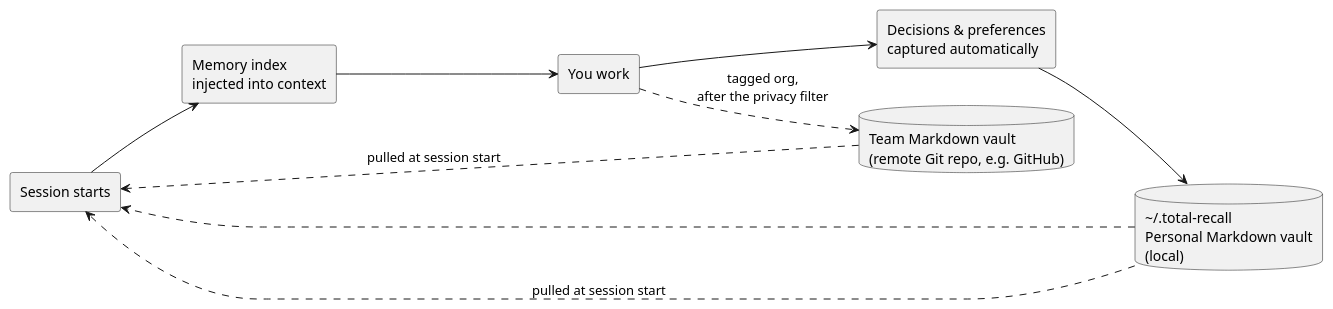
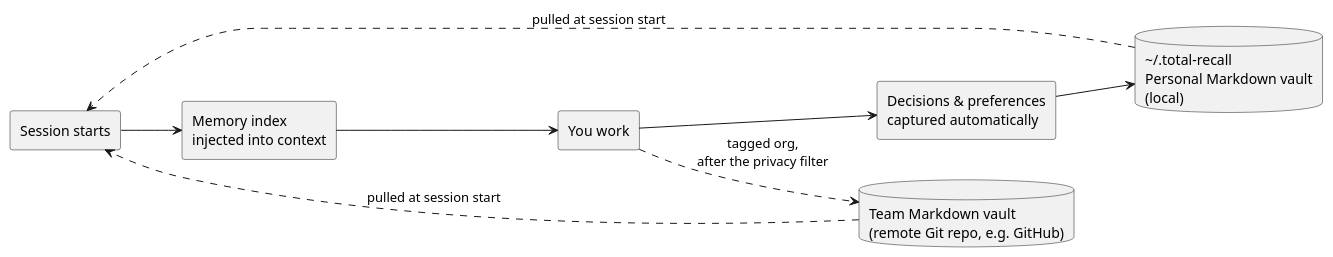
Before and after one commit to adrian-balaban/total-recall: the diagram in docs/diagrams/session-loop-en.puml, drawn with PlantUML. The commit also changed 3 other files, not shown here.

First line of the commit message:
docs: remove duplicate E-to-A arrow in session loop diagram

```diff
--- a/docs/diagrams/session-loop-en.puml
+++ b/docs/diagrams/session-loop-en.puml
@@ -1,20 +1,19 @@
 @startuml session-loop-en
 left to right direction
 skinparam shadowing false
 skinparam defaultFontName Helvetica
 
 rectangle "Session starts" as A
 rectangle "Memory index\ninjected into context" as B
 rectangle "You work" as C
 rectangle "Decisions & preferences\ncaptured automatically" as D
 database "<U+007E>/.total-recall\nPersonal Markdown vault\n(local)" as E
 database "Team Markdown vault\n(remote Git repo, e.g. GitHub)" as R
 A --> B
 B --> C
 C --> D
 D --> E
-E ..> A
 C ..> R : tagged org,\nafter the privacy filter
 E ..> A : pulled at session start
 R ..> A : pulled at session start
 @enduml
```
